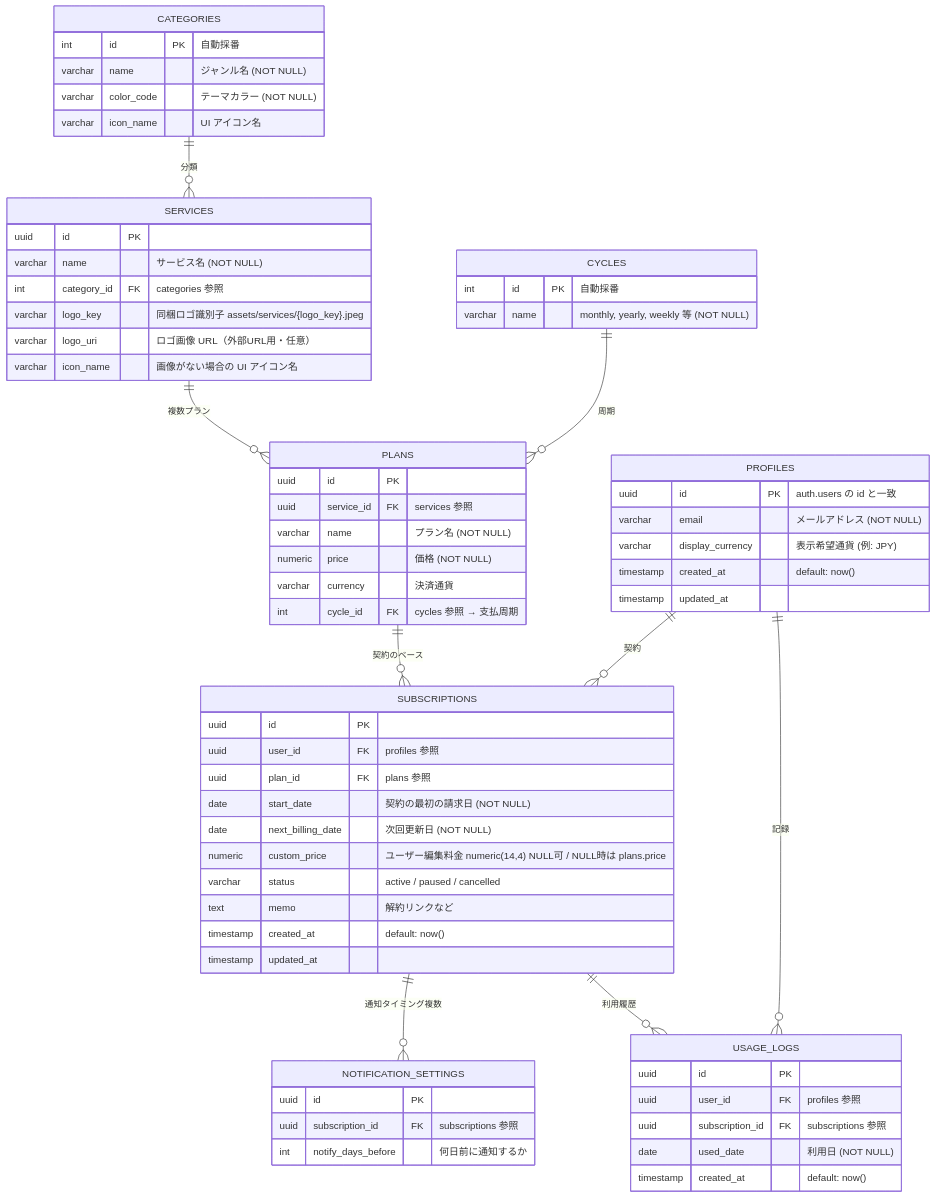
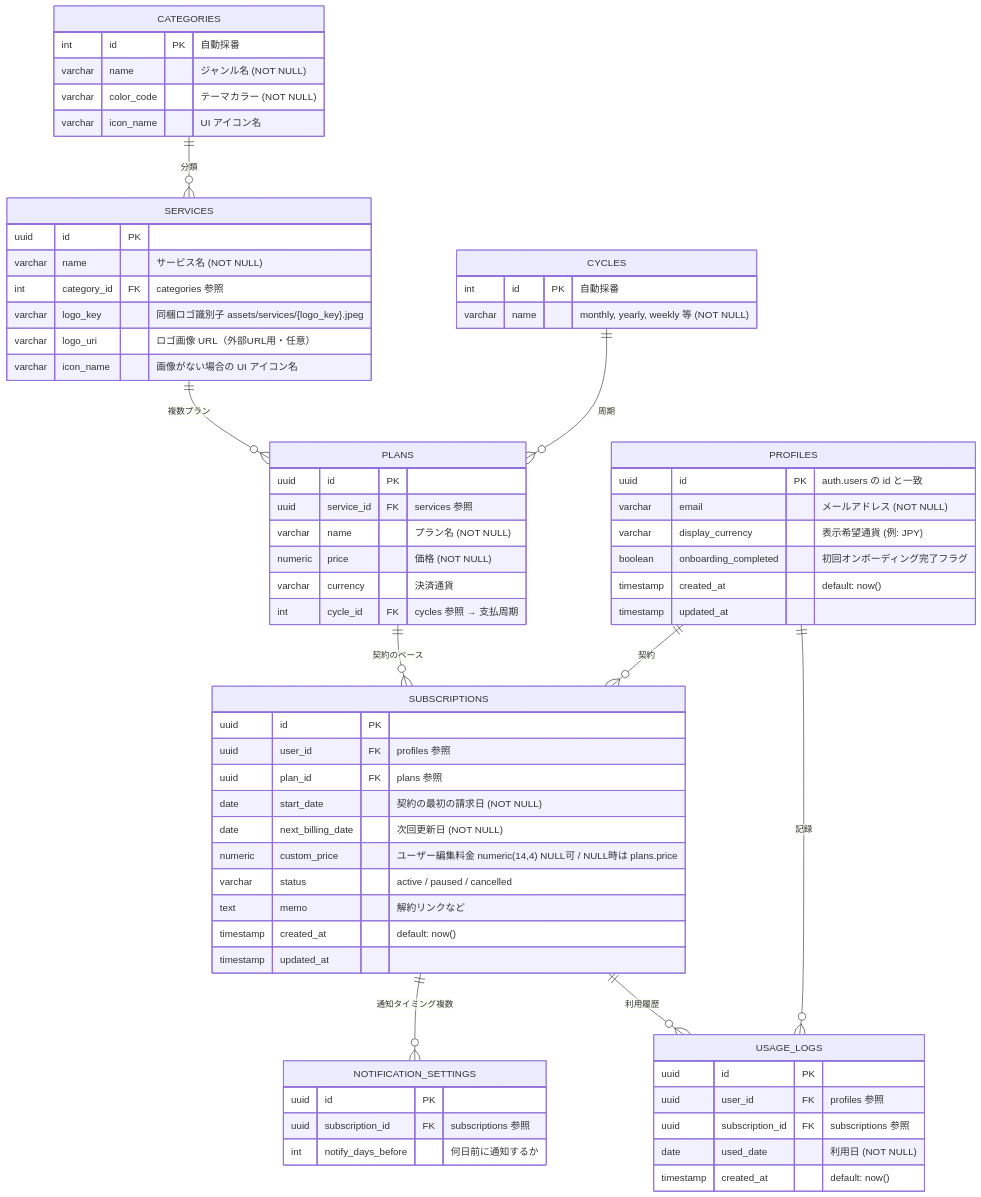
The diagram in docs/DATABASE_DESIGN.md (junpei0315/SubTrack), drawn with Mermaid before and after one commit. The commit also changed other lines of this file and 2 other files, not shown here.

````diff
--- a/docs/DATABASE_DESIGN.md
+++ b/docs/DATABASE_DESIGN.md
@@ -25,76 +25,77 @@
 ```mermaid
 erDiagram
     PROFILES {
         uuid id PK "auth.users の id と一致"
         varchar email "メールアドレス (NOT NULL)"
         varchar display_currency "表示希望通貨 (例: JPY)"
+        boolean onboarding_completed "初回オンボーディング完了フラグ"
         timestamp created_at "default: now()"
         timestamp updated_at
     }
 
     CATEGORIES {
         int id PK "自動採番"
         varchar name "ジャンル名 (NOT NULL)"
         varchar color_code "テーマカラー (NOT NULL)"
         varchar icon_name "UI アイコン名"
     }
 
     CYCLES {
         int id PK "自動採番"
         varchar name "monthly, yearly, weekly 等 (NOT NULL)"
     }
 
     SERVICES {
         uuid id PK
         varchar name "サービス名 (NOT NULL)"
         int category_id FK "categories 参照"
         varchar logo_key "同梱ロゴ識別子 assets/services/{logo_key}.jpeg"
         varchar logo_uri "ロゴ画像 URL（外部URL用・任意）"
         varchar icon_name "画像がない場合の UI アイコン名"
     }
 
     PLANS {
         uuid id PK
         uuid service_id FK "services 参照"
         varchar name "プラン名 (NOT NULL)"
         numeric price "価格 (NOT NULL)"
         varchar currency "決済通貨"
         int cycle_id FK "cycles 参照 → 支払周期"
     }
 
     SUBSCRIPTIONS {
         uuid id PK
         uuid user_id FK "profiles 参照"
         uuid plan_id FK "plans 参照"
         date start_date "契約の最初の請求日 (NOT NULL)"
         date next_billing_date "次回更新日 (NOT NULL)"
         numeric custom_price "ユーザー編集料金 numeric(14,4) NULL可 / NULL時は plans.price"
         varchar status "active / paused / cancelled"
         text memo "解約リンクなど"
         timestamp created_at "default: now()"
         timestamp updated_at
     }
 
     NOTIFICATION_SETTINGS {
         uuid id PK
         uuid subscription_id FK "subscriptions 参照"
         int notify_days_before "何日前に通知するか"
     }
 
     USAGE_LOGS {
         uuid id PK
         uuid user_id FK "profiles 参照"
         uuid subscription_id FK "subscriptions 参照"
         date used_date "利用日 (NOT NULL)"
         timestamp created_at "default: now()"
     }
 
     PROFILES ||--o{ SUBSCRIPTIONS : "契約"
     PROFILES ||--o{ USAGE_LOGS : "記録"
     CATEGORIES ||--o{ SERVICES : "分類"
     CYCLES ||--o{ PLANS : "周期"
     SERVICES ||--o{ PLANS : "複数プラン"
     PLANS ||--o{ SUBSCRIPTIONS : "契約のベース"
     SUBSCRIPTIONS ||--o{ NOTIFICATION_SETTINGS : "通知タイミング複数"
     SUBSCRIPTIONS ||--o{ USAGE_LOGS : "利用履歴"
 ```
````
